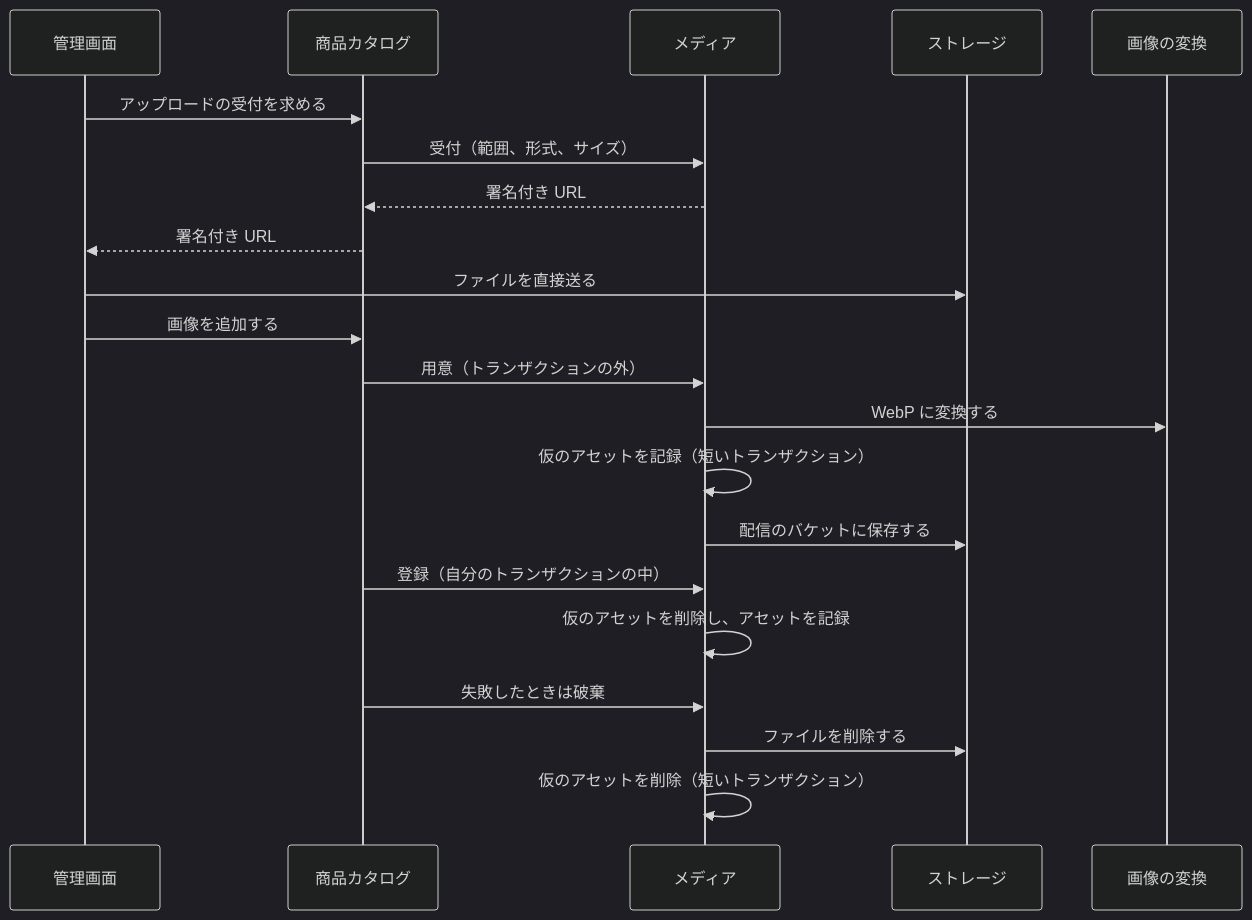
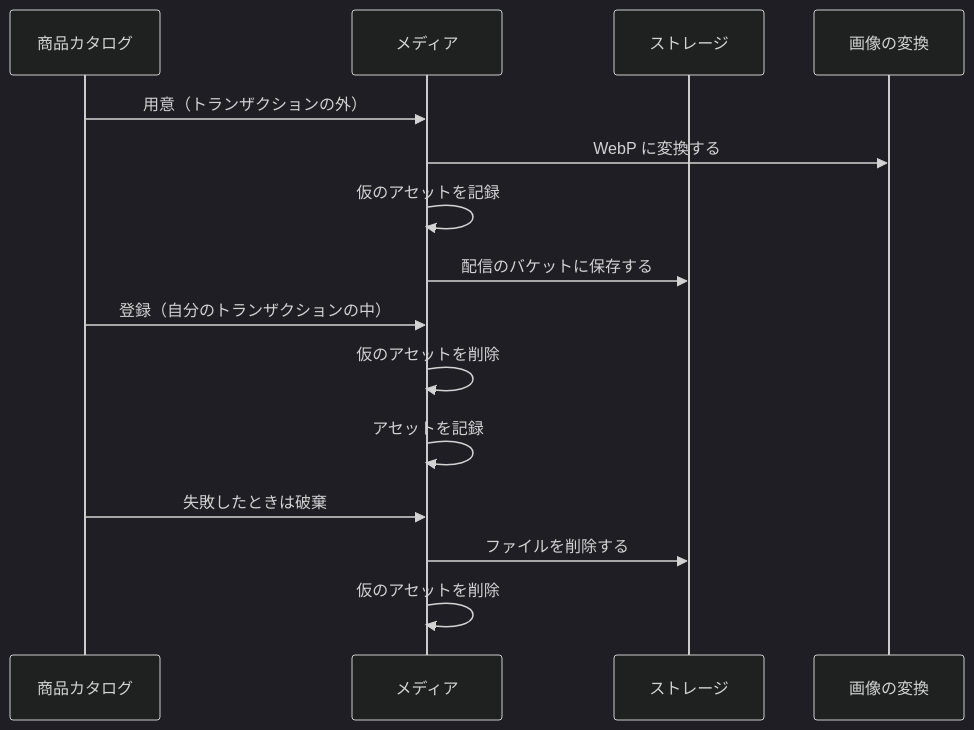
One commit to roger88106/ec-site changed the second of 4 diagrams in docs/02-設計/media.md. Above: the diagram before and after it, drawn with Mermaid (dark theme). The commit also changed other lines of this file and 6 other files, not shown here.

````diff
--- a/docs/02-設計/media.md
+++ b/docs/02-設計/media.md
@@ -36,23 +53,17 @@
 ```mermaid
 sequenceDiagram
-    participant A as 管理画面
     participant C as 商品カタログ
     participant M as メディア
     participant S as ストレージ
     participant I as 画像の変換
-    A->>C: アップロードの受付を求める
-    C->>M: 受付（範囲、形式、サイズ）
-    M-->>C: 署名付き URL
-    C-->>A: 署名付き URL
-    A->>S: ファイルを直接送る
-    A->>C: 画像を追加する
     C->>M: 用意（トランザクションの外）
     M->>I: WebP に変換する
-    M->>M: 仮のアセットを記録（短いトランザクション）
+    M->>M: 仮のアセットを記録
     M->>S: 配信のバケットに保存する
     C->>M: 登録（自分のトランザクションの中）
-    M->>M: 仮のアセットを削除し、アセットを記録
+    M->>M: 仮のアセットを削除
+    M->>M: アセットを記録
     C->>M: 失敗したときは破棄
     M->>S: ファイルを削除する
-    M->>M: 仮のアセットを削除（短いトランザクション）
+    M->>M: 仮のアセットを削除
 ```
````
